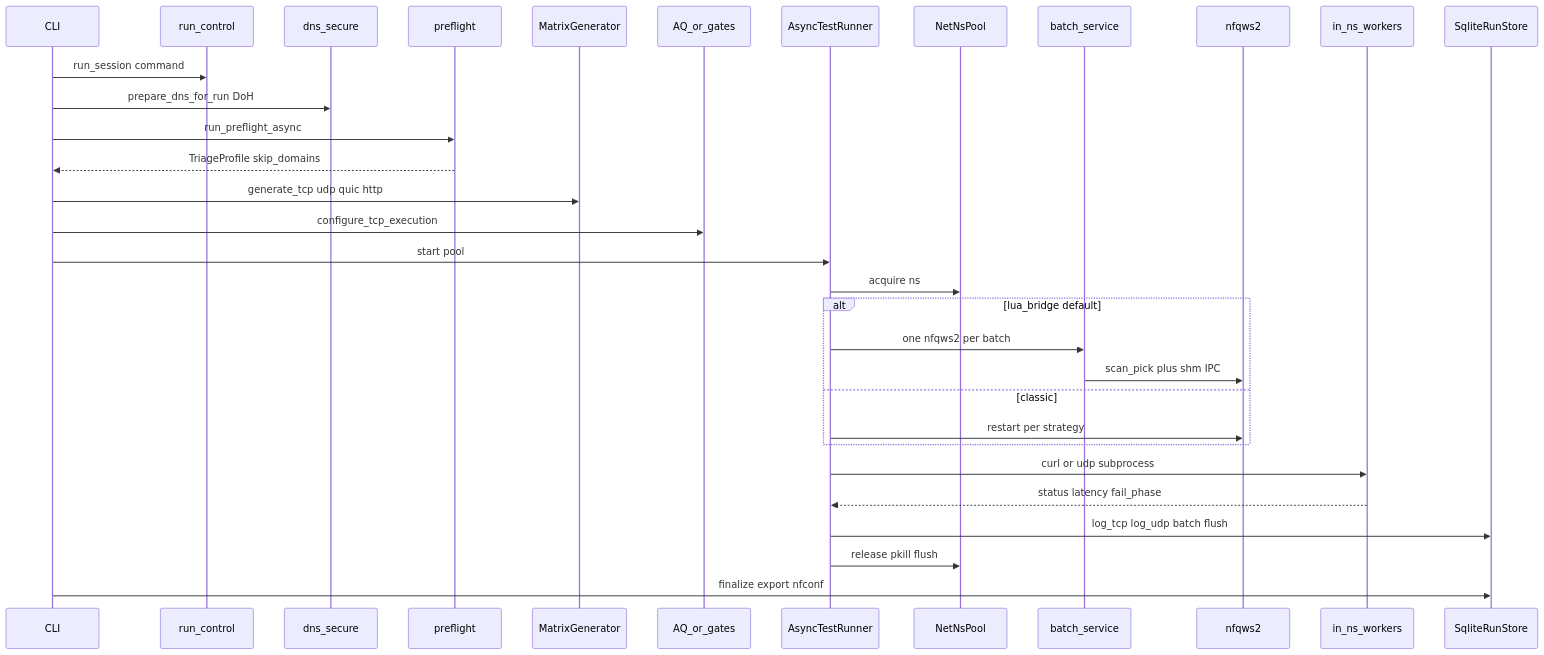
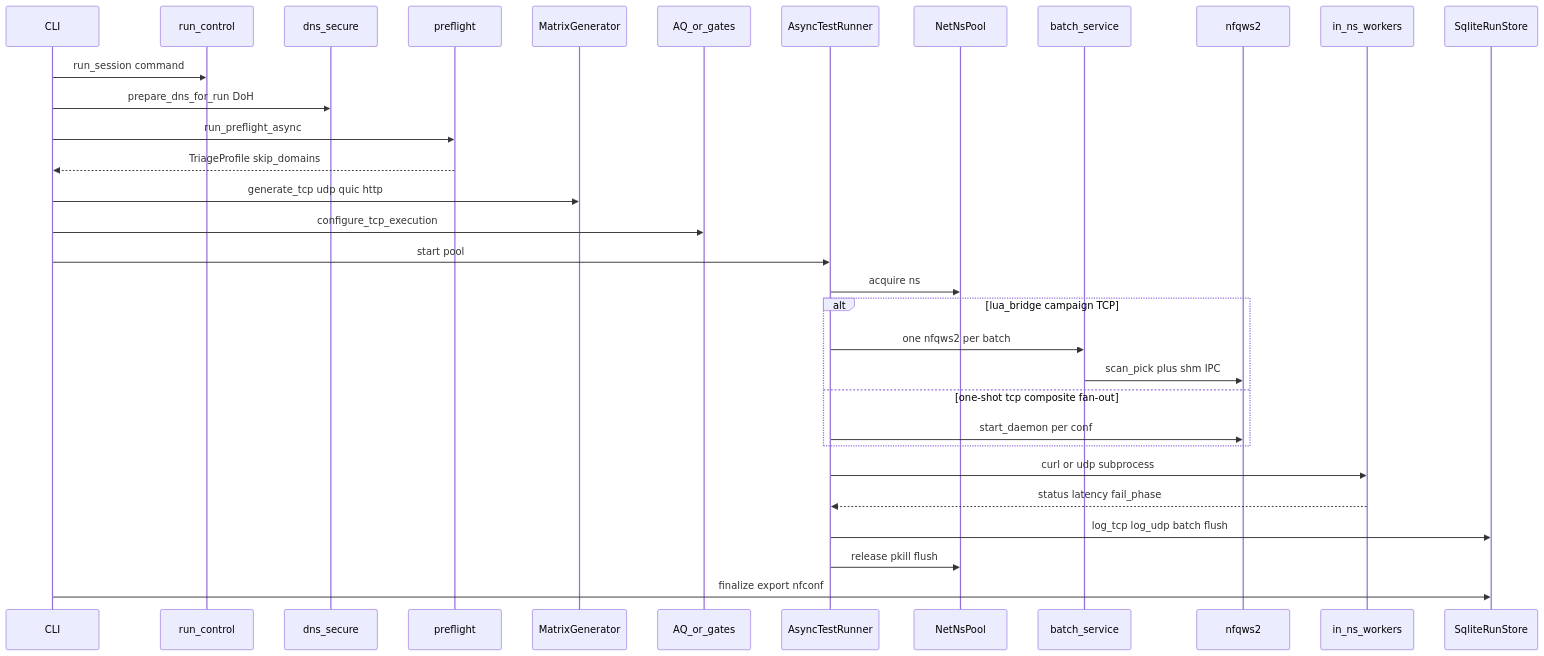
Before and after one commit to zhoel-sherk/blockcheckS: the second of 7 diagrams in docs/architecture.md, drawn with Mermaid. The commit also changed other lines of this file and 13 other files, not shown here.

First line of the commit message:
Release 1.4.0: bump version and document lua_bridge-only campaigns.

````diff
--- a/docs/architecture.md
+++ b/docs/architecture.md
@@ -104,35 +104,35 @@
 ```mermaid
 sequenceDiagram
   participant CLI as CLI
   participant Lock as run_control
   participant DNS as dns_secure
   participant PF as preflight
   participant MG as MatrixGenerator
   participant Sched as AQ_or_gates
   participant AR as AsyncTestRunner
   participant Pool as NetNsPool
   participant Batch as batch_service
   participant NFQ as nfqws2
   participant W as in_ns_workers
   participant DB as SqliteRunStore
 
   CLI->>Lock: run_session command
   CLI->>DNS: prepare_dns_for_run DoH
   CLI->>PF: run_preflight_async
   PF-->>CLI: TriageProfile skip_domains
   CLI->>MG: generate_tcp udp quic http
   CLI->>Sched: configure_tcp_execution
   CLI->>AR: start pool
   AR->>Pool: acquire ns
-  alt lua_bridge default
+  alt lua_bridge campaign TCP
     AR->>Batch: one nfqws2 per batch
     Batch->>NFQ: scan_pick plus shm IPC
-  else classic
-    AR->>NFQ: restart per strategy
+  else one-shot tcp composite fan-out
+    AR->>NFQ: start_daemon per conf
   end
   AR->>W: curl or udp subprocess
   W-->>AR: status latency fail_phase
   AR->>DB: log_tcp log_udp batch flush
   AR->>Pool: release pkill flush
   CLI->>DB: finalize export nfconf
 ```
````
